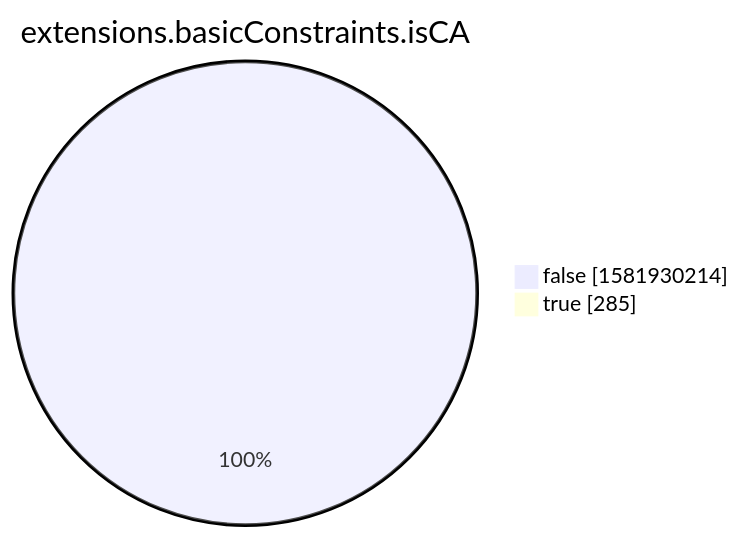
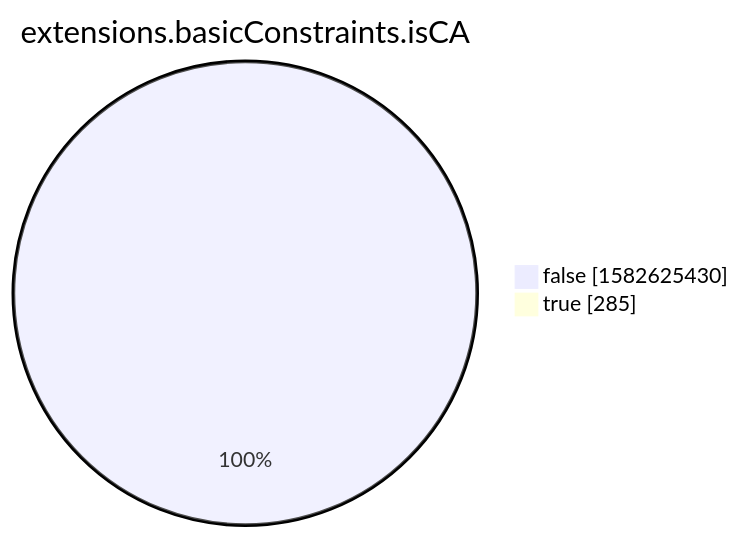
The eighth of 15 diagrams in xenon2022/README.md (christiankrug/ctmonitor_visualization), drawn with Mermaid before and after one commit. The commit also changed other lines of this file, not shown here.

````diff
--- a/xenon2022/README.md
+++ b/xenon2022/README.md
@@ -2862,6 +2862,6 @@
 ```mermaid
 pie showData
 title extensions.basicConstraints.isCA
-"false" :1581930214
+"false" :1582625430
 "true" :285
 ```
````
